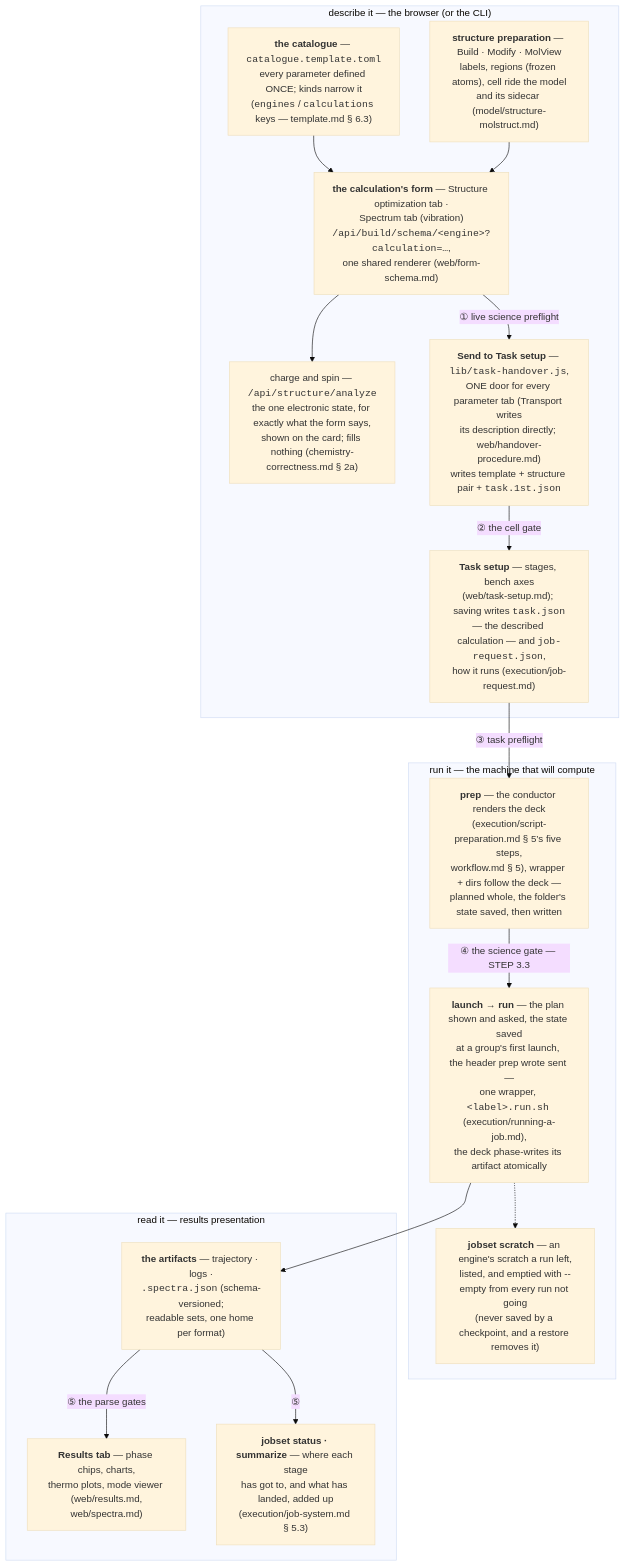
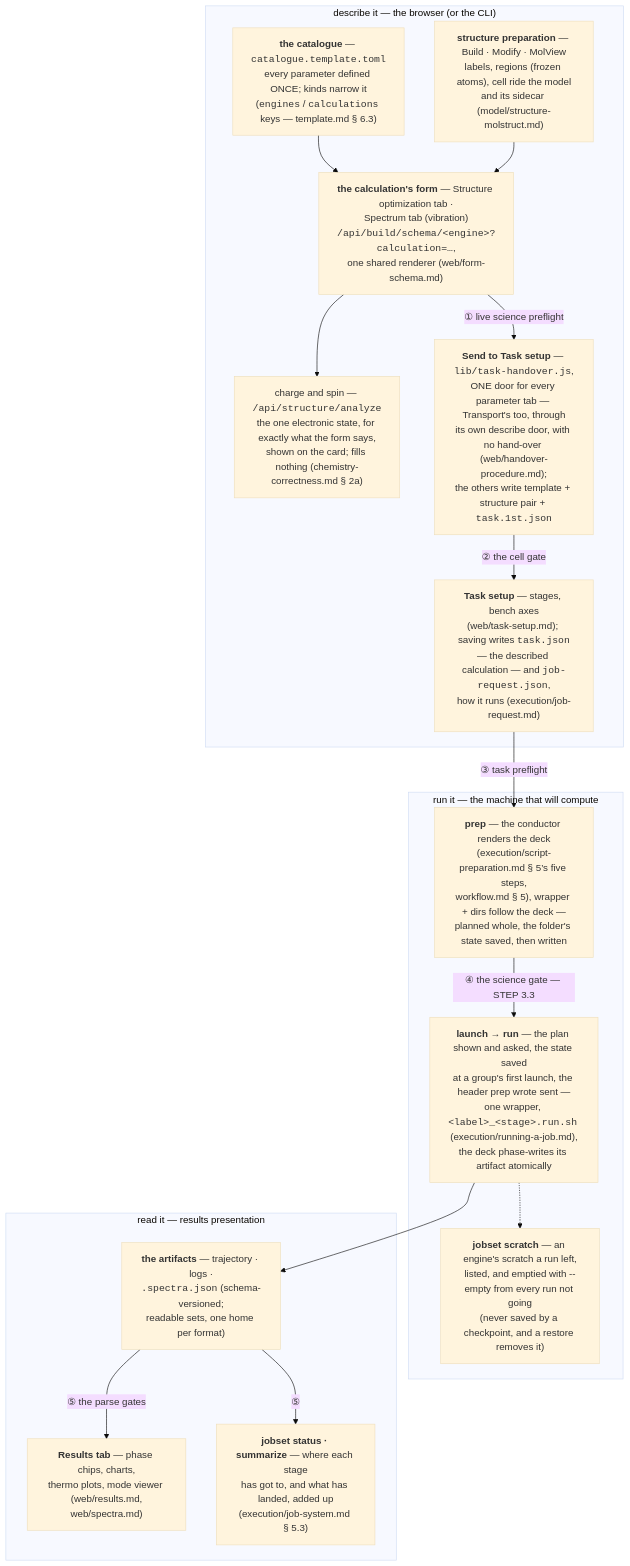
The fourth of 4 diagrams in docs/workflow.md (Qing-LAB/molbuilder), drawn with Mermaid (base theme) before and after one commit. The commit also changed other lines of this file and 59 other files, not shown here.

````diff
--- a/docs/workflow.md
+++ b/docs/workflow.md
@@ -504,33 +504,33 @@
 ```mermaid
 flowchart TB
     subgraph DESCRIBE["describe it — the browser (or the CLI)"]
         CAT["<b>the catalogue</b> — <code>catalogue.template.toml</code><br/>every parameter defined ONCE; kinds narrow it<br/>(<code>engines</code> / <code>calculations</code> keys — template.md § 6.3)"]
         STRUCT["<b>structure preparation</b> — Build · Modify · MolView<br/>labels, regions (frozen atoms), cell ride the model<br/>and its sidecar (model/structure-molstruct.md)"]
         FORM["<b>the calculation's form</b> — Structure optimization tab ·<br/>Spectrum tab (vibration)<br/><code>/api/build/schema/&lt;engine&gt;?calculation=…</code>,<br/>one shared renderer (web/form-schema.md)"]
         DETECT["charge and spin — <code>/api/structure/analyze</code><br/>the one electronic state, for exactly what the form says,<br/>shown on the card; fills nothing (chemistry-correctness.md § 2a)"]
-        SEND["<b>Send to Task setup</b> — <code>lib/task-handover.js</code>,<br/>ONE door for every parameter tab (Transport writes<br/>its description directly; web/handover-procedure.md)<br/>writes template + structure pair + <code>task.1st.json</code>"]
+        SEND["<b>Send to Task setup</b> — <code>lib/task-handover.js</code>,<br/>ONE door for every parameter tab — Transport's too, through<br/>its own describe door, with no hand-over (web/handover-procedure.md);<br/>the others write template + structure pair + <code>task.1st.json</code>"]
         TS["<b>Task setup</b> — stages, bench axes<br/>(web/task-setup.md); saving writes <code>task.json</code><br/>— the described calculation — and <code>job-request.json</code>,<br/>how it runs (execution/job-request.md)"]
     end
     subgraph MACHINE["run it — the machine that will compute"]
         PREP["<b>prep</b> — the conductor renders the deck<br/>(execution/script-preparation.md § 5’s five steps,<br/>workflow.md § 5), wrapper + dirs follow the deck —<br/>planned whole, the folder's state saved, then written"]
-        RUN["<b>launch → run</b> — the plan shown and asked, the state saved<br/>at a group's first launch, the header prep wrote sent —<br/>one wrapper, <code>&lt;label&gt;.run.sh</code> (execution/running-a-job.md),<br/>the deck phase-writes its artifact atomically"]
+        RUN["<b>launch → run</b> — the plan shown and asked, the state saved<br/>at a group's first launch, the header prep wrote sent —<br/>one wrapper, <code>&lt;label&gt;_&lt;stage&gt;.run.sh</code> (execution/running-a-job.md),<br/>the deck phase-writes its artifact atomically"]
         SCR["<b>jobset scratch</b> — an engine's scratch a run left,<br/>listed, and emptied with --empty from every run not going<br/>(never saved by a checkpoint, and a restore removes it)"]
     end
     subgraph READ["read it — results presentation"]
         ART["<b>the artifacts</b> — trajectory · logs ·<br/><code>.spectra.json</code> (schema-versioned;<br/>readable sets, one home per format)"]
         RES["<b>Results tab</b> — phase chips, charts,<br/>thermo plots, mode viewer (web/results.md,<br/>web/spectra.md)"]
         OBS["<b>jobset status · summarize</b> — where each stage<br/>has got to, and what has landed, added up<br/>(execution/job-system.md § 5.3)"]
     end
 
     CAT --> FORM
     STRUCT --> FORM
     FORM --> DETECT
     FORM -->|"① live science preflight"| SEND
     SEND -->|"② the cell gate"| TS
     TS -->|"③ task preflight"| PREP
     PREP -->|"④ the science gate — STEP 3.3"| RUN
     RUN --> ART
     RUN -.-> SCR
     ART -->|"⑤ the parse gates"| RES
     ART -->|"⑤"| OBS
 ```
````
